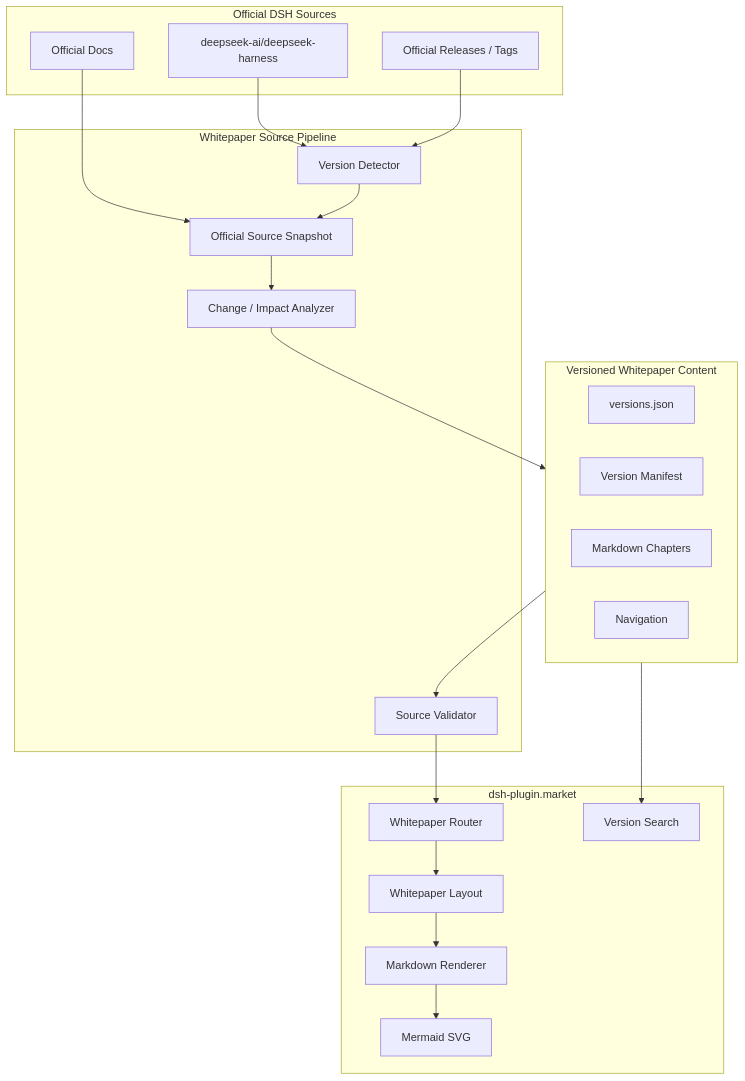
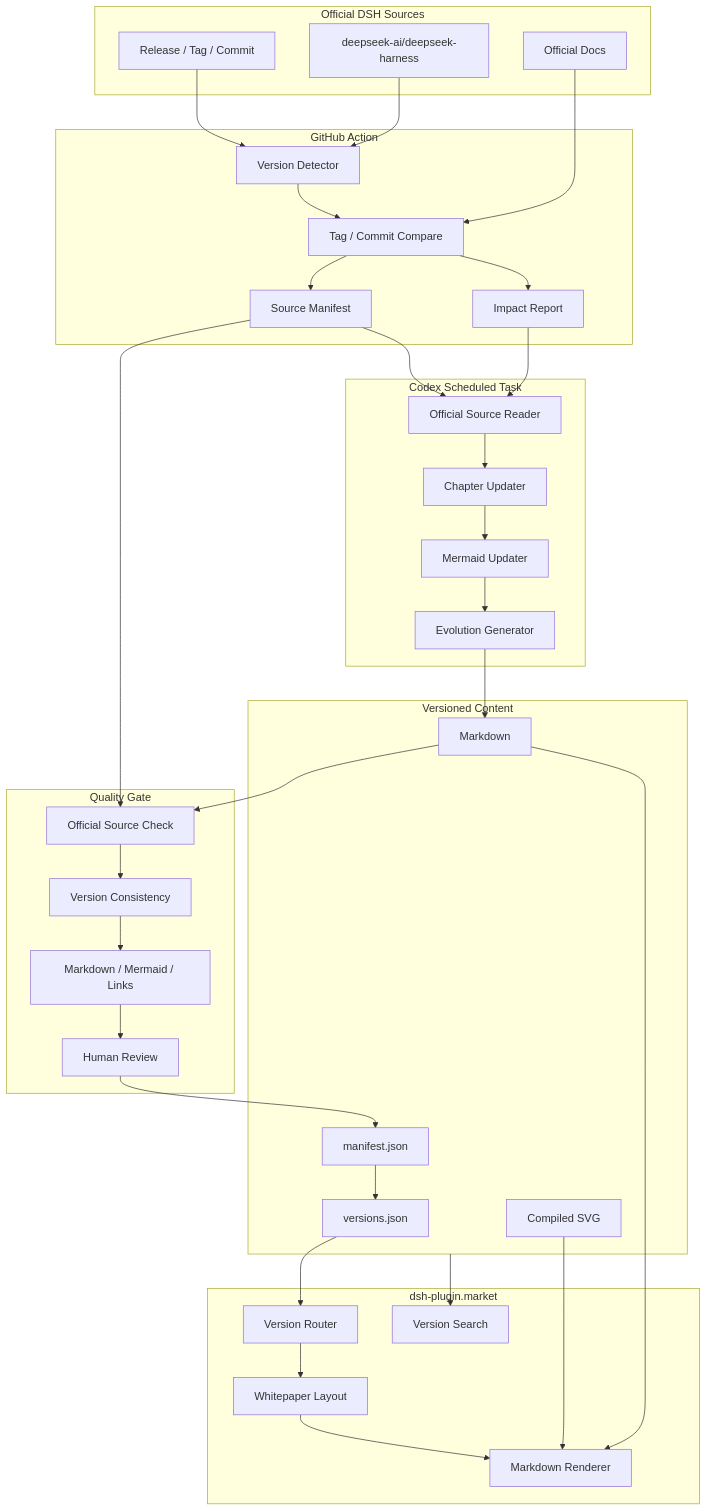
One commit to 0326/dsh-plugin-market changed the fourth of 4 diagrams in docs/DSH_WHITEPAPER_TECHNICAL_PLAN.md. Above: the diagram before and after it, drawn with Mermaid. The commit also changed other lines of this file, not shown here.

Commit message:
docs: refine DSH living whitepaper architecture and generation pipeline

````diff
--- a/docs/DSH_WHITEPAPER_TECHNICAL_PLAN.md
+++ b/docs/DSH_WHITEPAPER_TECHNICAL_PLAN.md
@@ -773,43 +856,69 @@
 ```mermaid
 flowchart TB
     subgraph Official[Official DSH Sources]
       Repo[deepseek-ai/deepseek-harness]
-      Releases[Official Releases / Tags]
+      Release[Release / Tag / Commit]
       Docs[Official Docs]
     end
 
-    subgraph Sync[Whitepaper Source Pipeline]
-      Detector[Version Detector]
-      Snapshot[Official Source Snapshot]
-      Diff[Change / Impact Analyzer]
-      Validator[Source Validator]
+    subgraph Detect[GitHub Action]
+      VersionDetector[Version Detector]
+      Compare[Tag / Commit Compare]
+      Impact[Impact Report]
+      SourceManifest[Source Manifest]
     end
 
-    subgraph Content[Versioned Whitepaper Content]
+    subgraph Generate[Codex Scheduled Task]
+      Reader[Official Source Reader]
+      Writer[Chapter Updater]
+      Diagram[Mermaid Updater]
+      Evolution[Evolution Generator]
+    end
+
+    subgraph Content[Versioned Content]
       Versions[versions.json]
-      Manifest[Version Manifest]
-      Markdown[Markdown Chapters]
-      Navigation[Navigation]
+      Manifest[manifest.json]
+      Markdown[Markdown]
+      SVG[Compiled SVG]
+    end
+
+    subgraph Quality[Quality Gate]
+      SourceCheck[Official Source Check]
+      VersionCheck[Version Consistency]
+      BuildCheck[Markdown / Mermaid / Links]
+      Review[Human Review]
     end
 
     subgraph Site[dsh-plugin.market]
-      Router[Whitepaper Router]
+      Router[Version Router]
       Layout[Whitepaper Layout]
       Renderer[Markdown Renderer]
-      Mermaid[Mermaid SVG]
       Search[Version Search]
     end
 
-    Repo --> Detector
-    Releases --> Detector
-    Docs --> Snapshot
-    Detector --> Snapshot
-    Snapshot --> Diff
-    Diff --> Content
-    Content --> Validator
-    Validator --> Router
+    Repo --> VersionDetector
+    Release --> VersionDetector
+    Docs --> Compare
+    VersionDetector --> Compare
+    Compare --> Impact
+    Compare --> SourceManifest
+    Impact --> Reader
+    SourceManifest --> Reader
+    Reader --> Writer
+    Writer --> Diagram
+    Diagram --> Evolution
+    Evolution --> Markdown
+    Markdown --> SourceCheck
+    SourceManifest --> SourceCheck
+    SourceCheck --> VersionCheck
+    VersionCheck --> BuildCheck
+    BuildCheck --> Review
+    Review --> Manifest
+    Manifest --> Versions
+    Markdown --> Renderer
+    SVG --> Renderer
+    Versions --> Router
     Router --> Layout
     Layout --> Renderer
-    Renderer --> Mermaid
     Content --> Search
 ```
````
